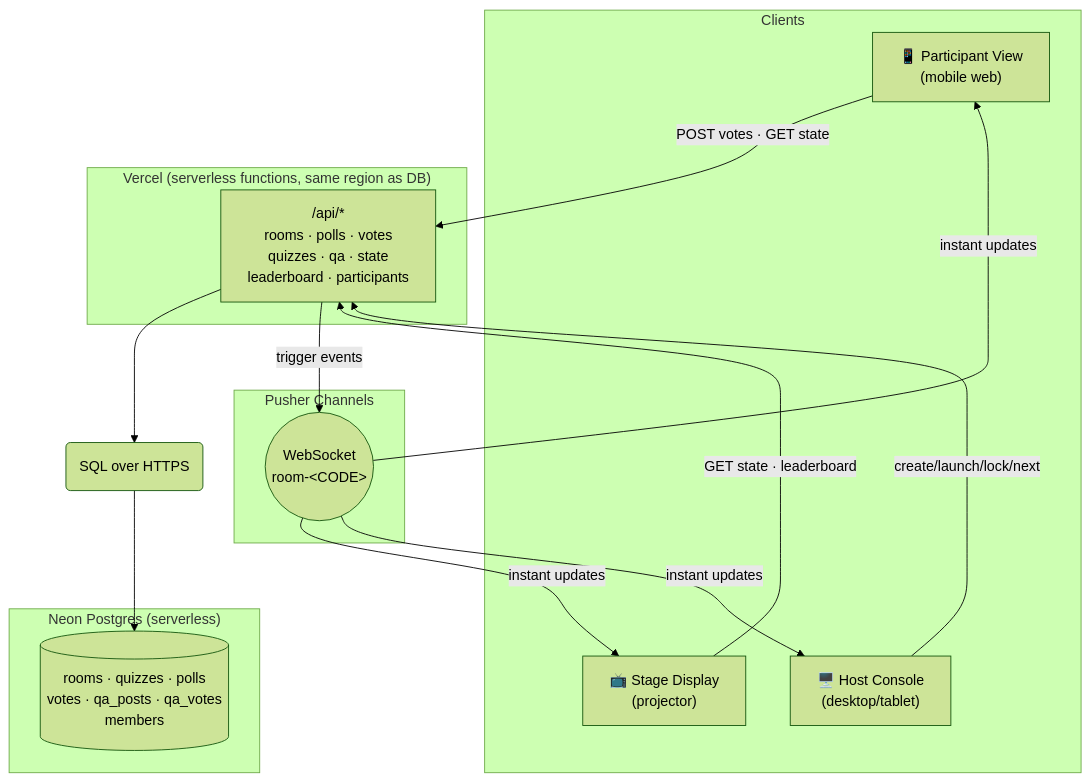
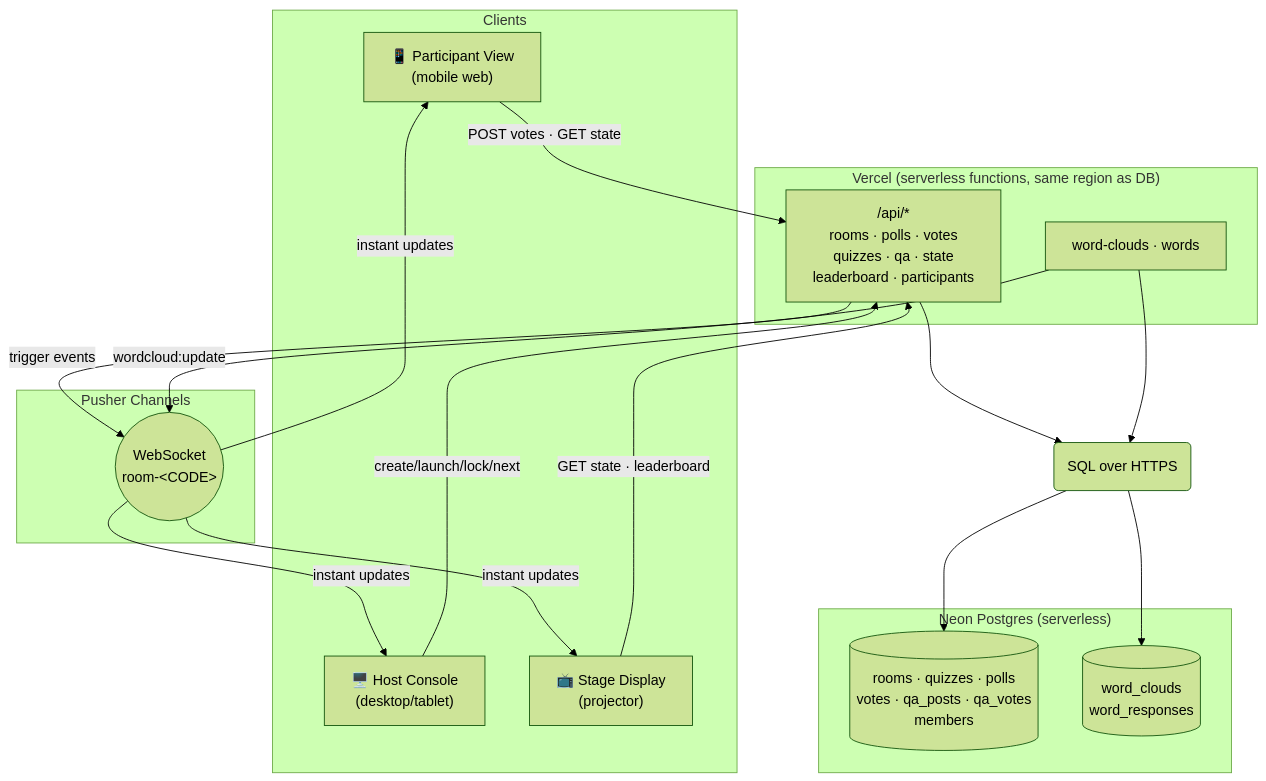
Before and after one commit to Cyberheathens/Quizzer: the first of 4 diagrams in README.md, drawn with Mermaid (forest theme). The commit also changed other lines of this file and 28 other files, not shown here.

Commit message:
Add room-code passwords and realtime word clouds

````diff
--- a/README.md
+++ b/README.md
@@ -47,30 +51,35 @@
 ```mermaid
 graph TB
     subgraph Clients
         P["📱 Participant View<br/>(mobile web)"]
         H["🖥️ Host Console<br/>(desktop/tablet)"]
         S["📺 Stage Display<br/>(projector)"]
     end
 
     subgraph Vercel["Vercel (serverless functions, same region as DB)"]
         API["/api/*<br/>rooms · polls · votes<br/>quizzes · qa · state<br/>leaderboard · participants"]
+        WC["word-clouds · words"]
     end
 
     subgraph Data["Neon Postgres (serverless)"]
         DB[("rooms · quizzes · polls<br/>votes · qa_posts · qa_votes<br/>members")]
+        WDB[("word_clouds<br/>word_responses")]
     end
 
     subgraph Pusher["Pusher Channels"]
         WS(("WebSocket<br/>room-&lt;CODE&gt;"))
     end
 
     P -->|"POST votes · GET state"| API
     H -->|"create/launch/lock/next"| API
     S -->|"GET state · leaderboard"| API
     API --> SQL("SQL over HTTPS")
     SQL --> DB
+    WC --> SQL
+    SQL --> WDB
     API -->|"trigger events"| WS
+    WC -->|"wordcloud:update"| WS
     WS -->|"instant updates"| P
     WS -->|"instant updates"| S
     WS -->|"instant updates"| H
 ```
````
